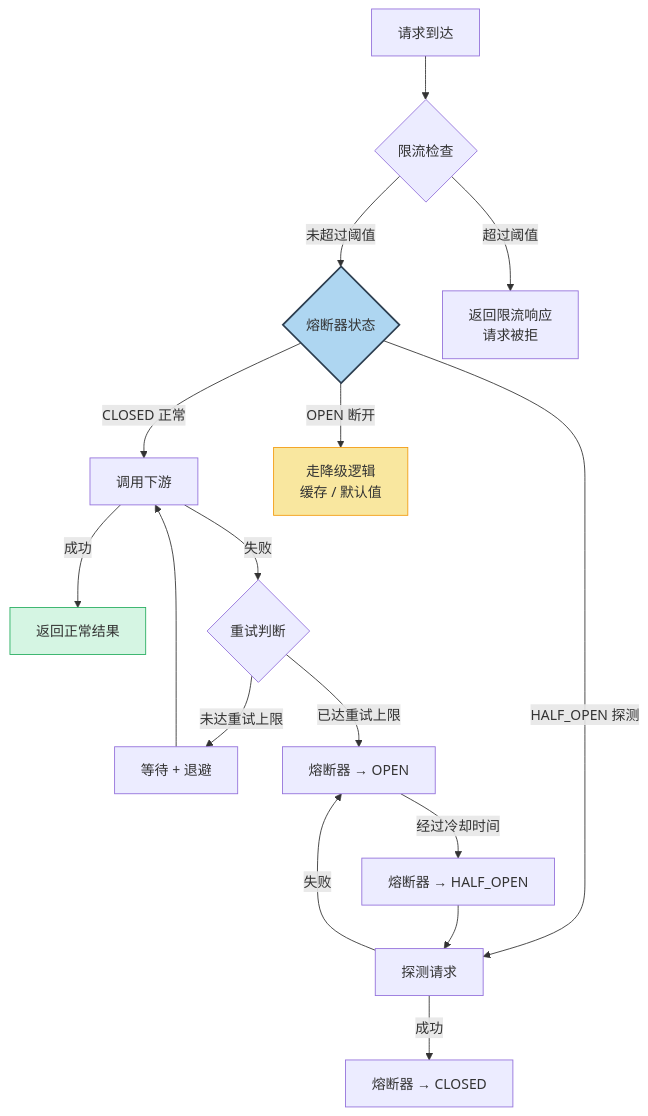
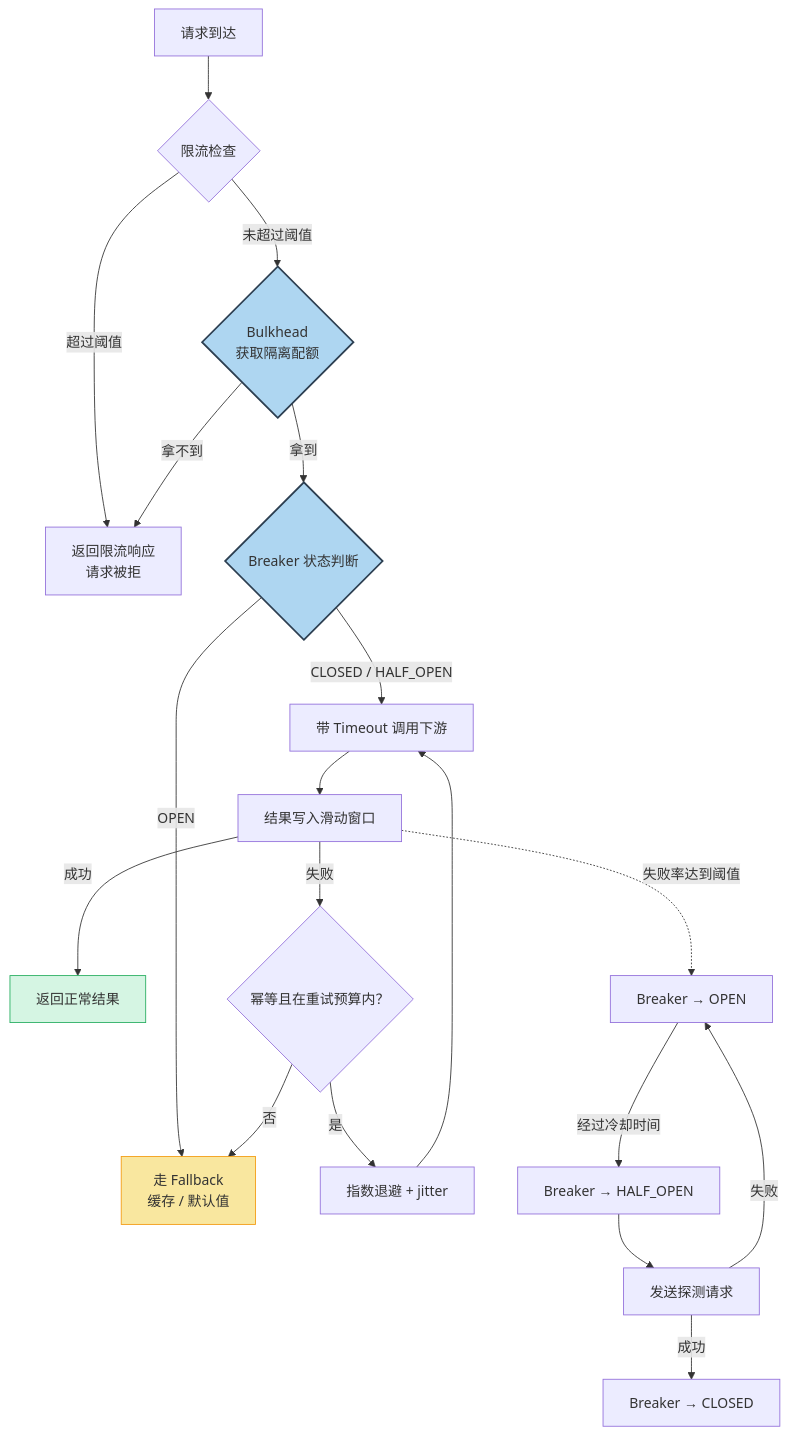
Diagram 18 of 26 in content/开发学习/开发原理、套件/全域架构观：从产品定义到系统演进的决策闭环.md (BobcGn/BobcGn-Blogs), drawn with Mermaid before and after one commit. The commit also changed other lines of this file and 1 other file, not shown here.

````diff
--- a/content/开发学习/开发原理、套件/全域架构观：从产品定义到系统演进的决策闭环.md
+++ b/content/开发学习/开发原理、套件/全域架构观：从产品定义到系统演进的决策闭环.md
@@ -1210,26 +1416,28 @@
 ```mermaid
 flowchart TD
     Start["请求到达"] --> RateLimit{"限流检查"}
-    RateLimit -->|"未超过阈值"| CircuitBreaker{"熔断器状态"}
     RateLimit -->|"超过阈值"| Reject["返回限流响应\n请求被拒"]
+    RateLimit -->|"未超过阈值"| Bulkhead{"Bulkhead\n获取隔离配额"}
+    Bulkhead -->|"拿不到"| Reject
+    Bulkhead -->|"拿到"| CircuitBreaker{"Breaker 状态判断"}
 
-    CircuitBreaker -->|"CLOSED 正常"| Call["调用下游"]
-    CircuitBreaker -->|"OPEN 断开"| Fallback["走降级逻辑\n缓存 / 默认值"]
-    CircuitBreaker -->|"HALF_OPEN 探测"| Probe["探测请求"]
+    CircuitBreaker -->|"OPEN"| Fallback["走 Fallback\n缓存 / 默认值"]
+    CircuitBreaker -->|"CLOSED / HALF_OPEN"| Call["带 Timeout 调用下游"]
+    Call --> Window["结果写入滑动窗口"]
+    Window -->|"成功"| Success["返回正常结果"]
+    Window -->|"失败"| Retry{"幂等且在重试预算内？"}
+    Window -.->|"失败率达到阈值"| Open["Breaker → OPEN"]
 
-    Call -->|成功| Success["返回正常结果"]
-    Call -->|失败| Retry{"重试判断"}
+    Retry -->|"是"| Wait["指数退避 + jitter"] --> Call
+    Retry -->|"否"| Fallback
 
-    Retry -->|"未达重试上限"| Wait["等待 + 退避"] --> Call
-    Retry -->|"已达重试上限"| Open["熔断器 → OPEN"]
-
-    Open -->|"经过冷却时间"| HalfOpen["熔断器 → HALF_OPEN"]
-    HalfOpen --> Probe
-
-    Probe -->|成功| Close["熔断器 → CLOSED"]
-    Probe -->|失败| Open
+    Open -->|"经过冷却时间"| HalfOpen["Breaker → HALF_OPEN"]
+    HalfOpen --> Probe["发送探测请求"]
+    Probe -->|"成功"| Close["Breaker → CLOSED"]
+    Probe -->|"失败"| Open
 
     style CircuitBreaker fill:#aed6f1,stroke:#2c3e50,stroke-width:2px
+    style Bulkhead fill:#aed6f1,stroke:#2c3e50,stroke-width:2px
     style Fallback fill:#f9e79f,stroke:#f39c12
     style Success fill:#d5f5e3,stroke:#27ae60
 ```
````
